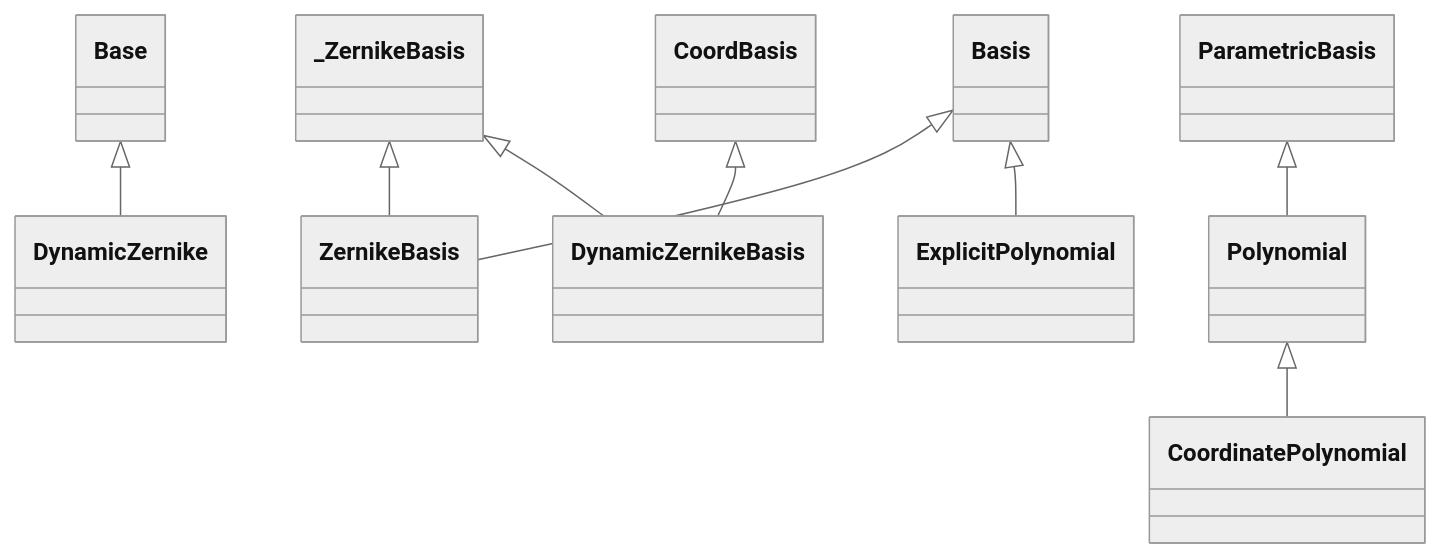
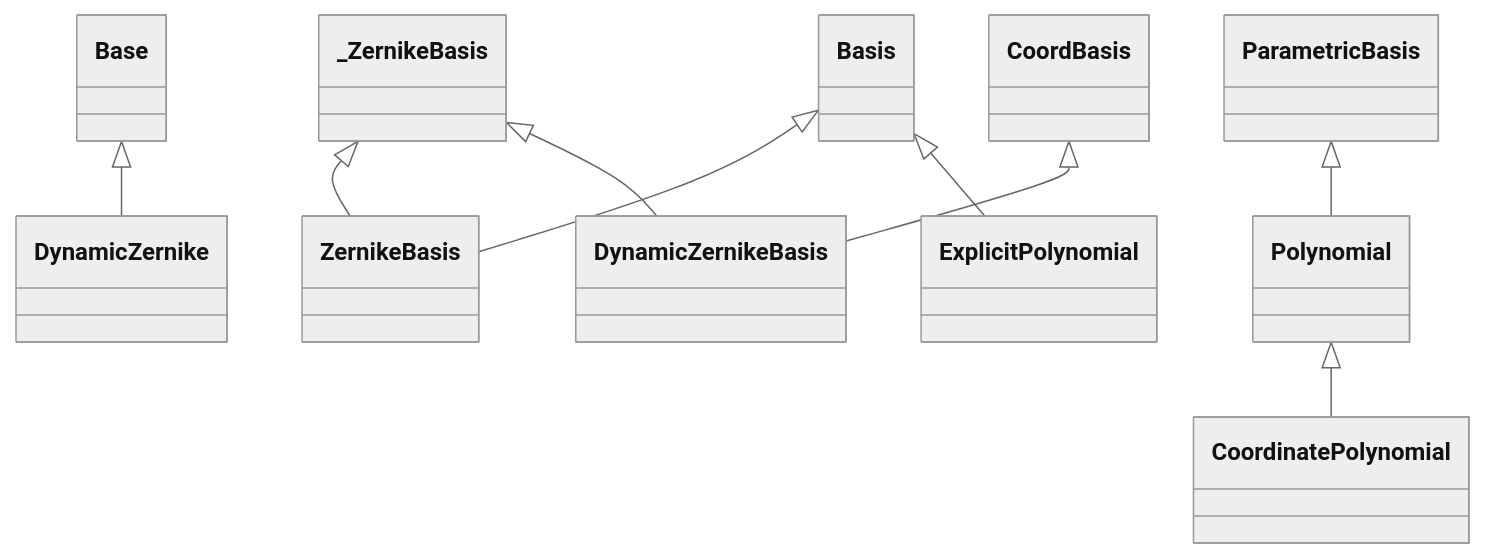
One commit to LouisDesdoigts/dLux changed the diagram in docs/API/parametric/polynomials.md. Above: the diagram before and after it, drawn with Mermaid (neutral theme). The commit also changed 11 other files, not shown here.

Commit message:
Regenerate API reference and diagrams

````diff
--- a/docs/API/parametric/polynomials.md
+++ b/docs/API/parametric/polynomials.md
@@ -5,28 +5,28 @@
 ```mermaid
 classDiagram
     class dLux_parametric_polynomials_DynamicZernike["DynamicZernike"]
     class dLux_parametric_polynomials_ZernikeBasis["ZernikeBasis"]
     class dLux_parametric_polynomials_DynamicZernikeBasis["DynamicZernikeBasis"]
     class dLux_parametric_polynomials_Polynomial["Polynomial"]
     class dLux_parametric_polynomials_ExplicitPolynomial["ExplicitPolynomial"]
     class dLux_parametric_polynomials_CoordinatePolynomial["CoordinatePolynomial"]
+    class dLux_parametric_bases_Basis["Basis"]
     class dLux_parametric_bases_CoordBasis["CoordBasis"]
-    class dLux_parametric_bases_Basis["Basis"]
     class dLux_parametric_bases_ParametricBasis["ParametricBasis"]
     class dLux_parametric_polynomials__ZernikeBasis["_ZernikeBasis"]
     class zodiax_base_Base["Base"]
     zodiax_base_Base <|-- dLux_parametric_polynomials_DynamicZernike
     click dLux_parametric_polynomials_DynamicZernike href "#dLux.parametric.polynomials.DynamicZernike" "Attributes: j, n, m, name, _c, _k · Methods: calculate()"
     dLux_parametric_polynomials__ZernikeBasis <|-- dLux_parametric_polynomials_ZernikeBasis
     dLux_parametric_bases_Basis <|-- dLux_parametric_polynomials_ZernikeBasis
-    click dLux_parametric_polynomials_ZernikeBasis href "#dLux.parametric.polynomials.ZernikeBasis" "Attributes: coefficients, basis_shape, basis"
+    click dLux_parametric_polynomials_ZernikeBasis href "#dLux.parametric.polynomials.ZernikeBasis" "Attributes: coefficients, shape, basis"
     dLux_parametric_polynomials__ZernikeBasis <|-- dLux_parametric_polynomials_DynamicZernikeBasis
     dLux_parametric_bases_CoordBasis <|-- dLux_parametric_polynomials_DynamicZernikeBasis
-    click dLux_parametric_polynomials_DynamicZernikeBasis href "#dLux.parametric.polynomials.DynamicZernikeBasis" "Attributes: coefficients, basis_shape, zernikes, nsides, diameter · Methods: calculate_basis()"
+    click dLux_parametric_polynomials_DynamicZernikeBasis href "#dLux.parametric.polynomials.DynamicZernikeBasis" "Attributes: coefficients, shape, zernikes, nsides, diameter · Methods: calculate_basis()"
     dLux_parametric_bases_ParametricBasis <|-- dLux_parametric_polynomials_Polynomial
-    click dLux_parametric_polynomials_Polynomial href "#dLux.parametric.polynomials.Polynomial" "Attributes: coefficients, basis_shape, powers · Methods: calculate_basis(), evaluate(), solve_basis()"
+    click dLux_parametric_polynomials_Polynomial href "#dLux.parametric.polynomials.Polynomial" "Attributes: coefficients, shape, powers · Methods: calculate_basis(), evaluate(), solve_basis()"
     dLux_parametric_bases_Basis <|-- dLux_parametric_polynomials_ExplicitPolynomial
-    click dLux_parametric_polynomials_ExplicitPolynomial href "#dLux.parametric.polynomials.ExplicitPolynomial" "Attributes: coefficients, basis_shape, basis, powers"
+    click dLux_parametric_polynomials_ExplicitPolynomial href "#dLux.parametric.polynomials.ExplicitPolynomial" "Attributes: coefficients, shape, basis, powers"
     dLux_parametric_polynomials_Polynomial <|-- dLux_parametric_polynomials_CoordinatePolynomial
-    click dLux_parametric_polynomials_CoordinatePolynomial href "#dLux.parametric.polynomials.CoordinatePolynomial" "Attributes: coefficients, basis_shape, powers, ndim · Methods: calculate_basis()"
+    click dLux_parametric_polynomials_CoordinatePolynomial href "#dLux.parametric.polynomials.CoordinatePolynomial" "Attributes: coefficients, shape, powers, ndim · Methods: calculate_basis()"
 ```
````
